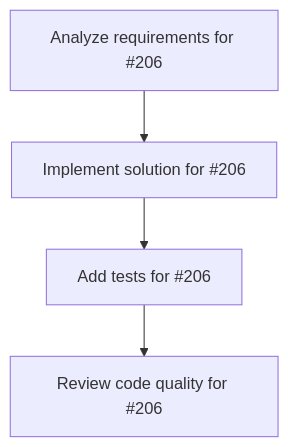
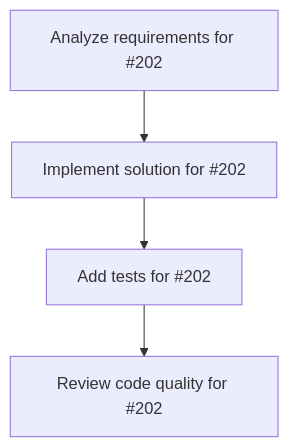
One commit to ShunsukeHayashi/miyabi-code changed the diagram in Plans.md. Above: the diagram before and after it, drawn with Mermaid. The commit also changed other lines of this file, not shown here.

First line of the commit message:
feat(plans): update task decomposition for issue #202

````diff
--- a/Plans.md
+++ b/Plans.md
@@ -105,10 +101,10 @@
 ```mermaid
 graph TD
-    task_206_analysis["Analyze requirements for #206"]
-    task_206_impl["Implement solution for #206"]
-    task_206_test["Add tests for #206"]
-    task_206_review["Review code quality for #206"]
-    task_206_analysis --> task_206_impl
-    task_206_impl --> task_206_test
-    task_206_test --> task_206_review
+    task_202_analysis["Analyze requirements for #202"]
+    task_202_impl["Implement solution for #202"]
+    task_202_test["Add tests for #202"]
+    task_202_review["Review code quality for #202"]
+    task_202_analysis --> task_202_impl
+    task_202_impl --> task_202_test
+    task_202_test --> task_202_review
 ```
````
